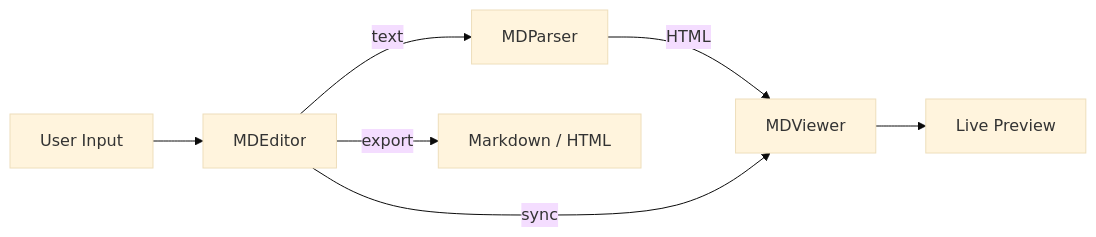
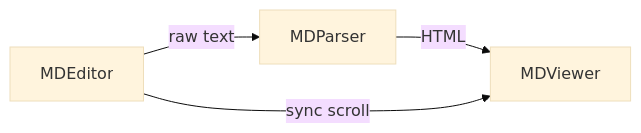
The diagram in README.md (pardnchiu/NanoMD), drawn with Mermaid (base theme) before and after one commit. The commit also changed other lines of this file and 52 other files, not shown here.

````diff
--- a/README.md
+++ b/README.md
@@ -40,9 +86,6 @@
 ```mermaid
 graph LR
-    A[MDEditor] -->|text| B[MDParser]
+    A[MDEditor] -->|raw text| B[MDParser]
     B -->|HTML| C[MDViewer]
-    A -->|sync| C
-    D[User Input] --> A
-    C --> E[Live Preview]
-    A -->|export| F[Markdown / HTML]
+    A -->|sync scroll| C
 ```
````
